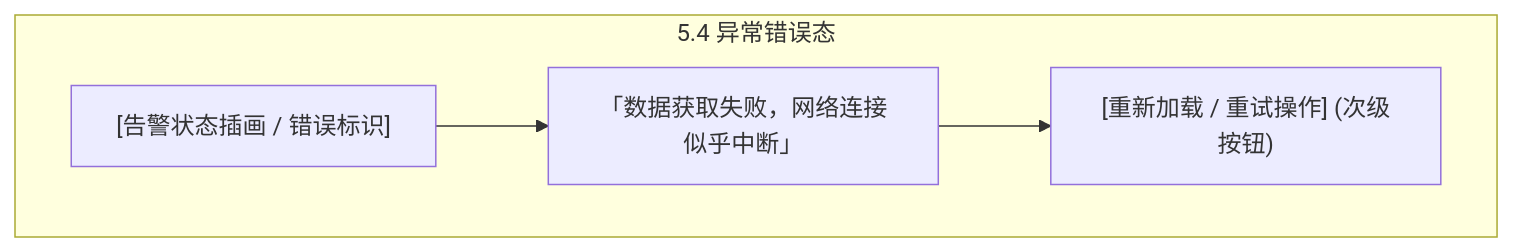
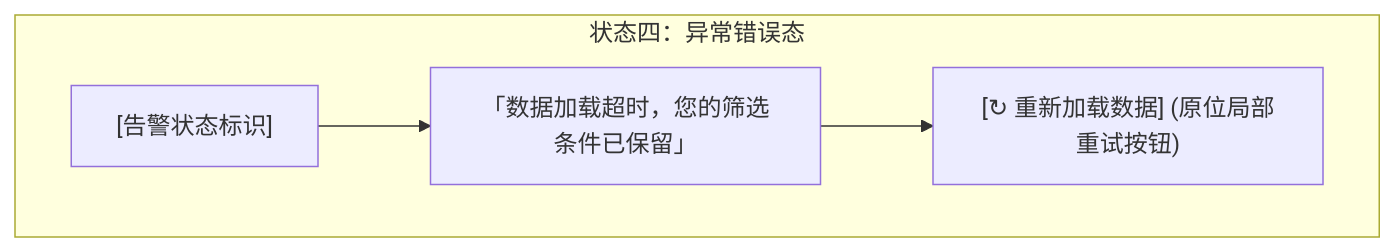
Before and after one commit to zhaoxuan-inside/hs-dev-skill: the fifth of 5 diagrams in resources/templates/product_design/prototype_template.md, drawn with Mermaid. The commit also changed other lines of this file and 10 other files, not shown here.

Commit message:
feat(product-design): upgrade stage-0 product discovery, UX laws, dual-track ASCII+Mermaid prototypes, and Gherkin DoD (v2.25)

````diff
--- a/resources/templates/product_design/prototype_template.md
+++ b/resources/templates/product_design/prototype_template.md
@@ -147,9 +211,9 @@
 ```mermaid
 flowchart TB
-  subgraph Error["5.4 异常错误态"]
-    ErrorIcon["[告警状态插画 / 错误标识]"]
-    ErrorText["「数据获取失败，网络连接似乎中断」"]
-    RetryBtn["[重新加载 / 重试操作] (次级按钮)"]
+  subgraph Error["状态四：异常错误态"]
+    ErrorIcon["[告警状态标识]"]
+    ErrorText["「数据加载超时，您的筛选条件已保留」"]
+    RetryBtn["[↻ 重新加载数据] (原位局部重试按钮)"]
     ErrorIcon --> ErrorText --> RetryBtn
   end
 ```
````
